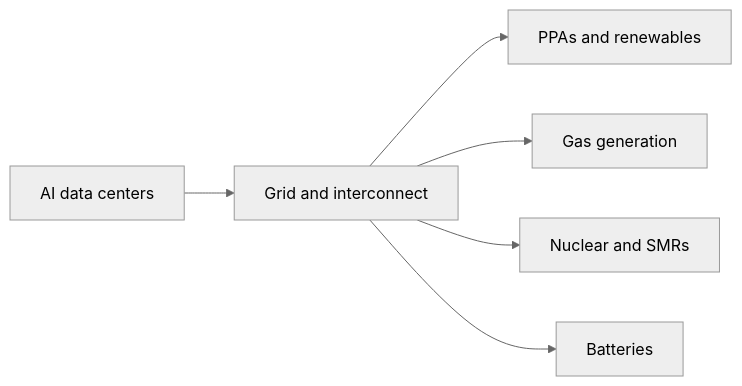
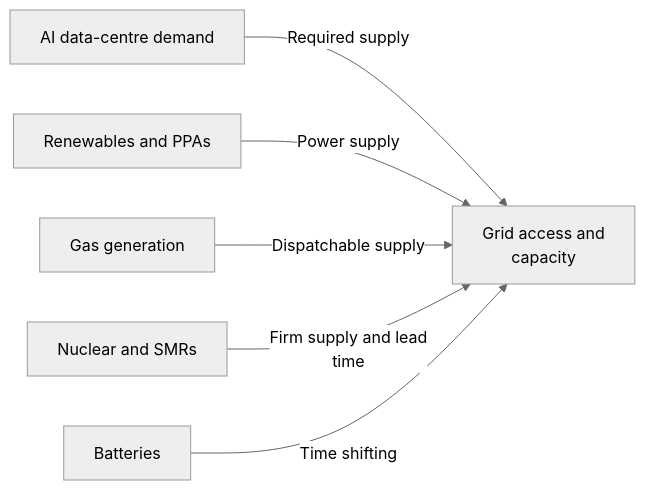
Before and after one commit to daylight55/research: the diagram in articles/report/ai-power-energy-constraints/en/index.mdx, drawn with Mermaid (neutral theme). The commit also changed 181 other files, not shown here.

First line of the commit message:
全記事の図解368点を再生成し、共通注意書きを削除 (#402)

````diff
--- a/articles/report/ai-power-energy-constraints/en/index.mdx
+++ b/articles/report/ai-power-energy-constraints/en/index.mdx
@@ -34,8 +34,16 @@
 ```mermaid
 flowchart LR
-  AI["AI data centers"] --> Grid["Grid and interconnect"]
-  Grid --> PPA["PPAs and renewables"]
-  Grid --> Gas["Gas generation"]
-  Grid --> Nuke["Nuclear and SMRs"]
-  Grid --> Batt["Batteries"]
+  accTitle: AI power options and grid constraints
+  accDescr: Renewables, gas, nuclear and batteries differ in role and lead time. Grid access can constrain operation even when generation exists.
+  N0["AI data-centre demand"]
+  N1["Grid access and<br/>capacity"]
+  N2["Renewables and PPAs"]
+  N3["Gas generation"]
+  N4["Nuclear and SMRs"]
+  N5["Batteries"]
+  N0 -->|Required supply| N1
+  N2 -->|Power supply| N1
+  N3 -->|Dispatchable supply| N1
+  N4 -->|Firm supply and lead<br/>time| N1
+  N5 -->|Time shifting| N1
 ```
````
